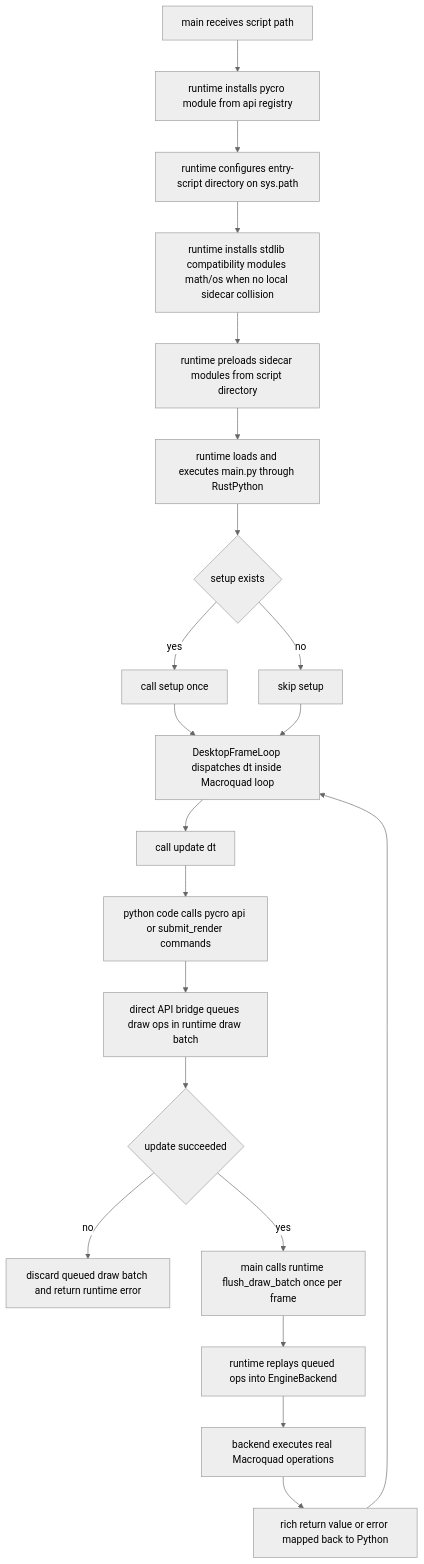
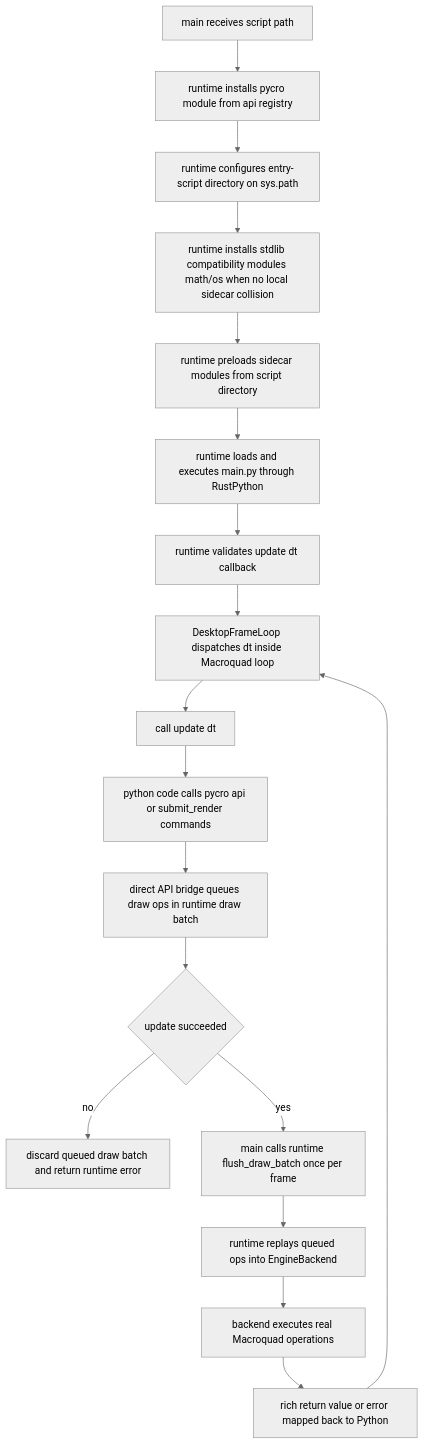
The third of 5 diagrams in docs/flow-mermaids.md (linkfy/pycro), drawn with Mermaid (neutral theme) before and after one commit. The commit also changed other lines of this file and 21 other files, not shown here.

````diff
--- a/docs/flow-mermaids.md
+++ b/docs/flow-mermaids.md
@@ -37,24 +37,21 @@
 ```mermaid
 flowchart TD
     A[main receives script path]
     A --> B[runtime installs pycro module from api registry]
     B --> C[runtime configures entry-script directory on sys.path]
     C --> D[runtime installs stdlib compatibility modules math/os when no local sidecar collision]
     D --> E[runtime preloads sidecar modules from script directory]
     E --> F[runtime loads and executes main.py through RustPython]
-    F --> G{setup exists}
-    G -- yes --> H[call setup once]
-    G -- no --> I[skip setup]
-    H --> J[DesktopFrameLoop dispatches dt inside Macroquad loop]
-    I --> J
+    F --> G[runtime validates update dt callback]
+    G --> J[DesktopFrameLoop dispatches dt inside Macroquad loop]
     J --> K[call update dt]
     K --> L[python code calls pycro api or submit_render commands]
     L --> M[direct API bridge queues draw ops in runtime draw batch]
     M --> N{update succeeded}
     N -- no --> O[discard queued draw batch and return runtime error]
     N -- yes --> P[main calls runtime flush_draw_batch once per frame]
     P --> Q[runtime replays queued ops into EngineBackend]
     Q --> R[backend executes real Macroquad operations]
     R --> S[rich return value or error mapped back to Python]
     S --> J
 ```
````
